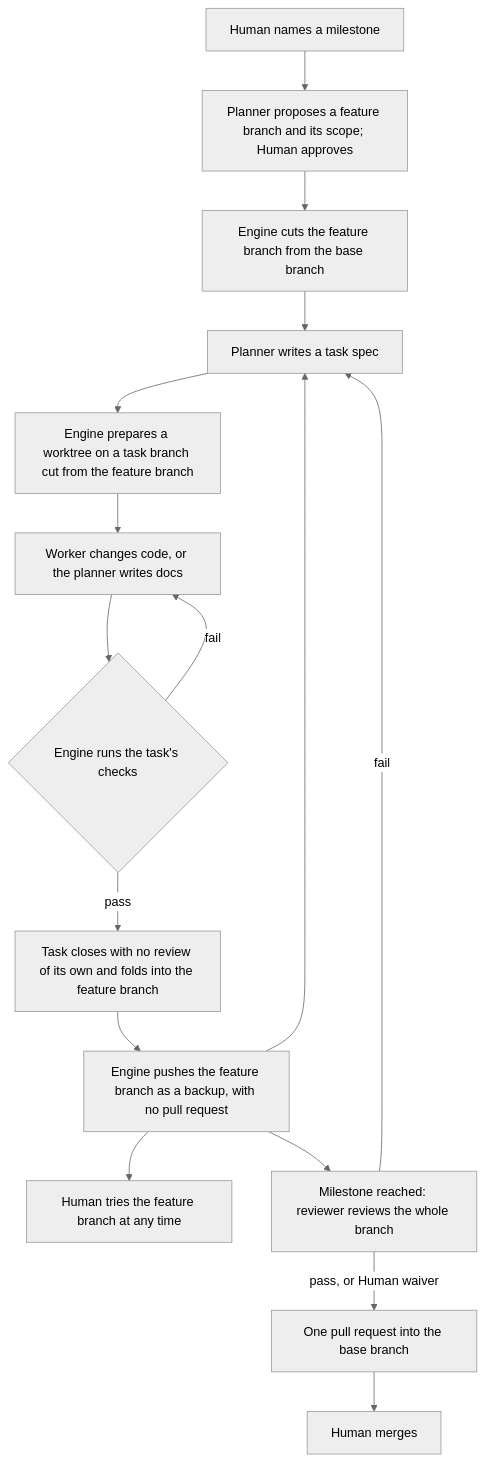
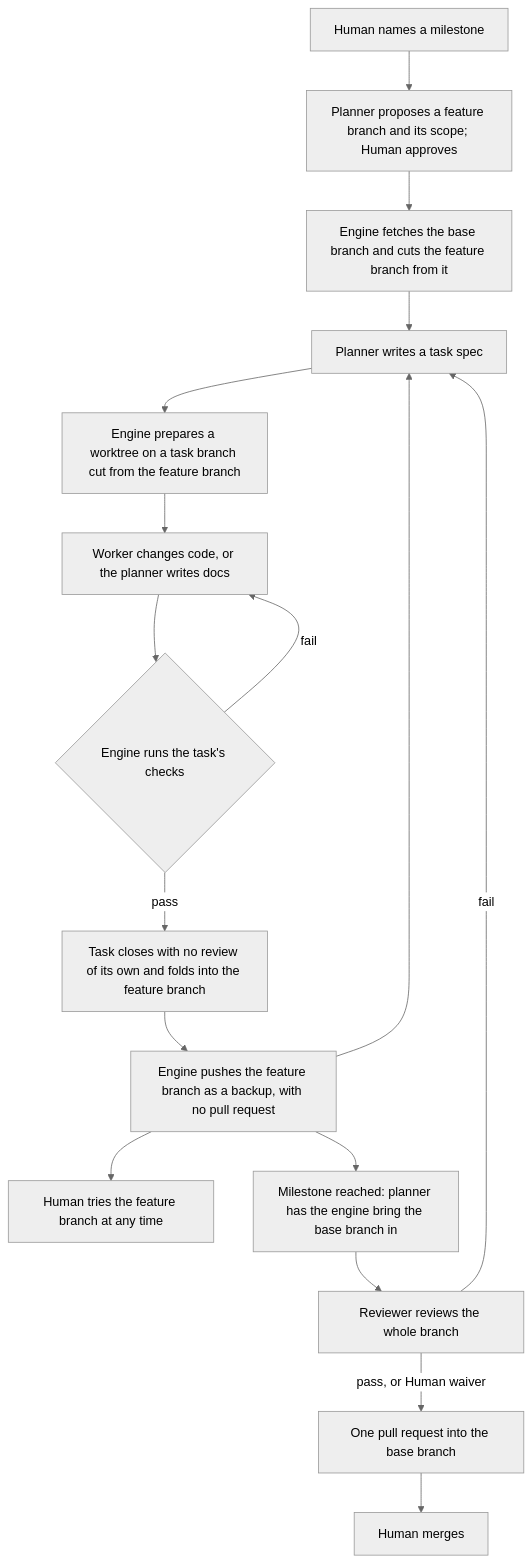
Before and after one commit to trustmybot/tmb: the first of 2 diagrams in docs/architecture/WORKFLOW.md, drawn with Mermaid (neutral theme). The commit also changed other lines of this file and 6 other files, not shown here.

````diff
--- a/docs/architecture/WORKFLOW.md
+++ b/docs/architecture/WORKFLOW.md
@@ -51,18 +51,19 @@
 ```mermaid
 flowchart TD
     A[Human names a milestone] --> B[Planner proposes a feature branch and its scope; Human approves]
-    B --> C[Engine cuts the feature branch from the base branch]
+    B --> C[Engine fetches the base branch and cuts the feature branch from it]
     C --> D[Planner writes a task spec]
     D --> E[Engine prepares a worktree on a task branch cut from the feature branch]
     E --> F[Worker changes code, or the planner writes docs]
     F --> G{Engine runs the task's checks}
     G -- fail --> F
     G -- pass --> H[Task closes with no review of its own and folds into the feature branch]
     H --> I[Engine pushes the feature branch as a backup, with no pull request]
     I --> D
     I --> J[Human tries the feature branch at any time]
-    I --> K[Milestone reached: reviewer reviews the whole branch]
+    I --> U[Milestone reached: planner has the engine bring the base branch in]
+    U --> K[Reviewer reviews the whole branch]
     K -- fail --> D
     K -- pass, or Human waiver --> L[One pull request into the base branch]
     L --> M[Human merges]
 ```
````
